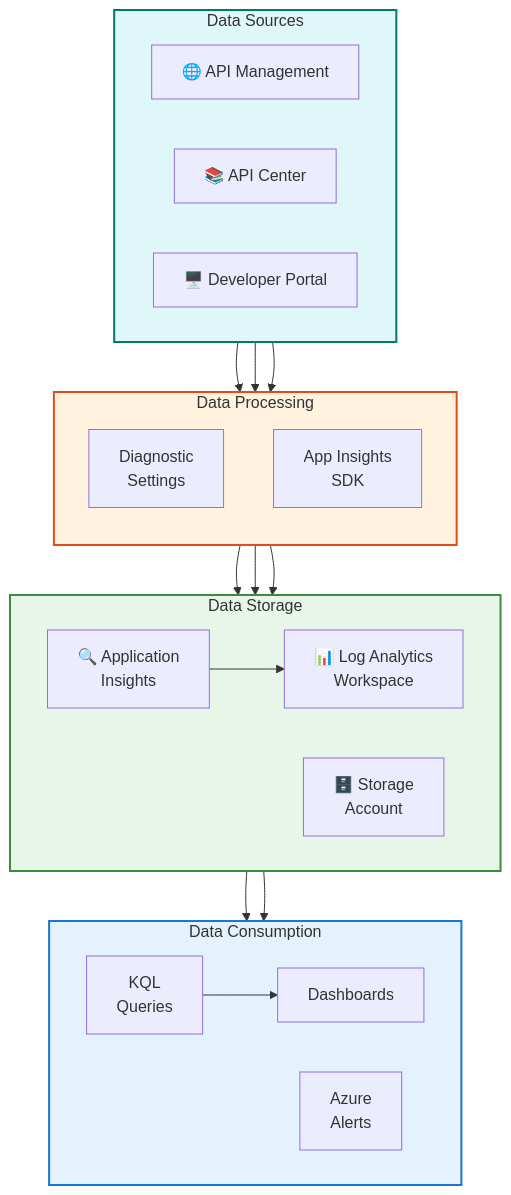
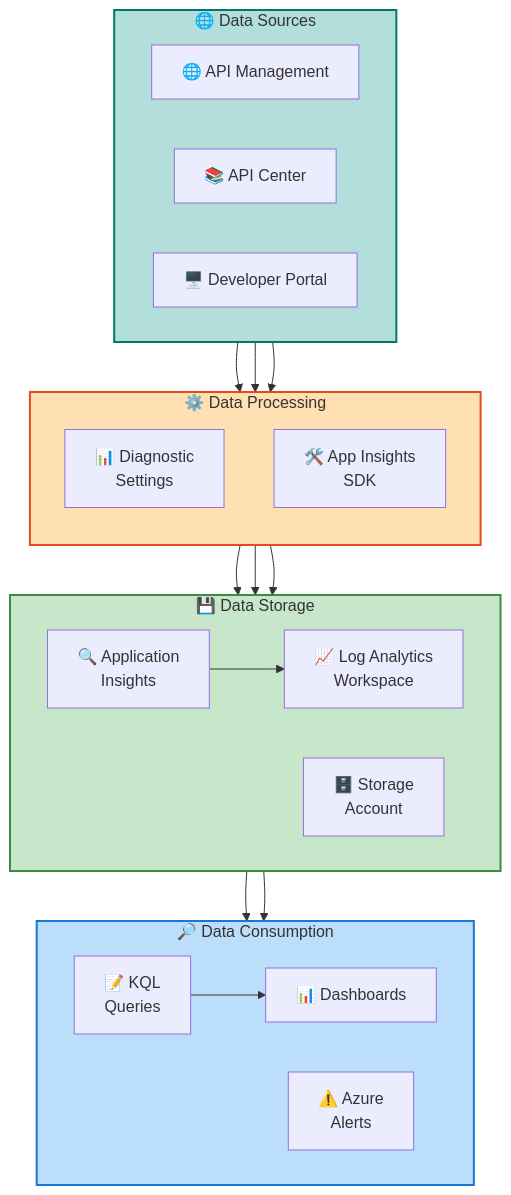
The fourth of 10 diagrams in docs/architecture/Data_Architecture_Document.md (Evilazaro/APIM-Accelerator), drawn with Mermaid before and after one commit. The commit also changed other lines of this file and 1 other file, not shown here.

Commit message:
Enhance Data Architecture Document with improved flowcharts and semantic icons for better clarity and visual appeal

````diff
--- a/docs/architecture/Data_Architecture_Document.md
+++ b/docs/architecture/Data_Architecture_Document.md
@@ -191,46 +202,50 @@
 ```mermaid
 %%{init: {"flowchart": {"htmlLabels": false}} }%%
 flowchart TB
-    subgraph sources["Data Sources"]
+    %% ============================================
+    %% COLOR SCHEME: Semantic data flow layers
+    %% Sources=#B2DFDB | Processing=#FFE0B2 | Storage=#C8E6C9 | Consumption=#BBDEFB
+    %% ============================================
+    subgraph sources["🌐 Data Sources"]
         direction LR
         SRC1["🌐 API Management"]
         SRC2["📚 API Center"]
         SRC3["🖥️ Developer Portal"]
     end
 
-    subgraph processing["Data Processing"]
+    subgraph processing["⚙️ Data Processing"]
         direction TB
-        DIAG["Diagnostic<br/>Settings"]
-        SDK["App Insights<br/>SDK"]
+        DIAG["📊 Diagnostic<br/>Settings"]
+        SDK["🛠️ App Insights<br/>SDK"]
     end
 
-    subgraph storage["Data Storage"]
+    subgraph storage["💾 Data Storage"]
         direction LR
-        LAW["📊 Log Analytics<br/>Workspace"]
+        LAW["📈 Log Analytics<br/>Workspace"]
         AI["🔍 Application<br/>Insights"]
         SA["🗄️ Storage<br/>Account"]
     end
 
-    subgraph consumption["Data Consumption"]
+    subgraph consumption["🔎 Data Consumption"]
         direction LR
-        QUERY["KQL<br/>Queries"]
-        ALERT["Azure<br/>Alerts"]
-        DASH["Dashboards"]
+        QUERY["📝 KQL<br/>Queries"]
+        ALERT["⚠️ Azure<br/>Alerts"]
+        DASH["📊 Dashboards"]
     end
 
     SRC1 --> DIAG
     SRC2 --> DIAG
     SRC3 --> SDK
     DIAG --> LAW
     DIAG --> SA
     SDK --> AI
     AI --> LAW
     LAW --> QUERY
     LAW --> ALERT
     QUERY --> DASH
 
-    style sources fill:#E0F7FA,stroke:#00796B,stroke-width:2px
-    style processing fill:#FFF3E0,stroke:#E64A19,stroke-width:2px
-    style storage fill:#E8F5E9,stroke:#388E3C,stroke-width:2px
-    style consumption fill:#E3F2FD,stroke:#1976D2,stroke-width:2px
+    style sources fill:#B2DFDB,stroke:#00796B,stroke-width:2px
+    style processing fill:#FFE0B2,stroke:#E64A19,stroke-width:2px
+    style storage fill:#C8E6C9,stroke:#388E3C,stroke-width:2px
+    style consumption fill:#BBDEFB,stroke:#1976D2,stroke-width:2px
 ```
````
